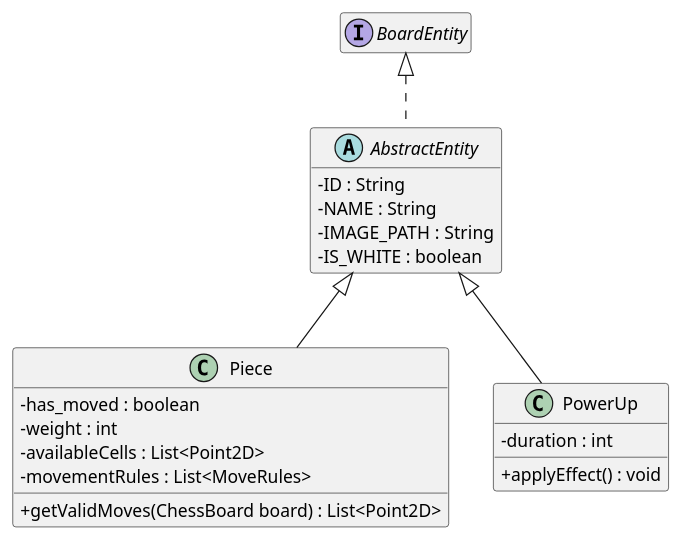
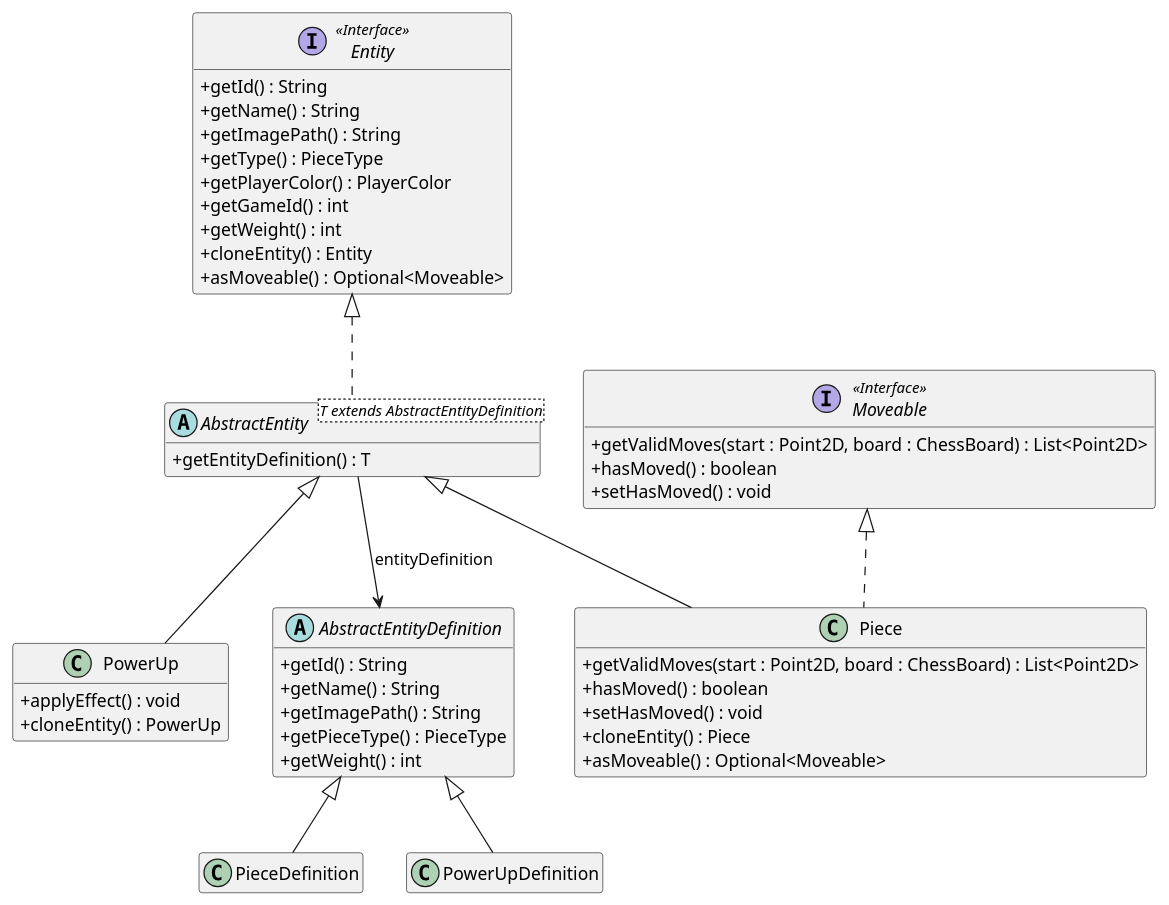
One commit to Turbo-Chess/Turbo-Chess changed the diagram in docs/Entity.puml. Above: the diagram before and after it, drawn with PlantUML. The commit also changed 3 other files, not shown here.

```diff
--- a/docs/Entity.puml
+++ b/docs/Entity.puml
@@ -1,36 +1,64 @@
-@startuml
+@startuml Entity
+
 skinparam classAttributeIconSize 0
 hide empty fields
 hide empty methods
 
-interface BoardEntity {
-
+interface Entity <<Interface>> {
+    +getId() : String
+    +getName() : String
+    +getImagePath() : String
+    +getType() : PieceType
+    +getPlayerColor() : PlayerColor
+    +getGameId() : int
+    +getWeight() : int
+    +cloneEntity() : Entity
+    +asMoveable() : Optional<Moveable>
 }
 
-abstract AbstractEntity {
-    - ID : String
-    - NAME : String
-    - IMAGE_PATH : String
-    - IS_WHITE : boolean
+interface Moveable <<Interface>> {
+    +getValidMoves(start : Point2D, board : ChessBoard) : List<Point2D>
+    +hasMoved() : boolean
+    +setHasMoved() : void
+}
+
+abstract class AbstractEntity<T extends AbstractEntityDefinition> {
+    +getEntityDefinition() : T
 }
 
 class Piece {
-    - has_moved : boolean
-    - weight : int
-    - availableCells : List<Point2D>
-    - movementRules : List<MoveRules>
-
-    + getValidMoves(ChessBoard board) : List<Point2D>
+    +getValidMoves(start : Point2D, board : ChessBoard) : List<Point2D>
+    +hasMoved() : boolean
+    +setHasMoved() : void
+    +cloneEntity() : Piece
+    +asMoveable() : Optional<Moveable>
 }
 
 class PowerUp {
-    - duration : int
-
-    + applyEffect() : void
+    +applyEffect() : void
+    +cloneEntity() : PowerUp
 }
 
-BoardEntity <|.. AbstractEntity
+abstract class AbstractEntityDefinition {
+    +getId() : String
+    +getName() : String
+    +getImagePath() : String
+    +getPieceType() : PieceType
+    +getWeight() : int
+}
+
+class PieceDefinition
+class PowerUpDefinition
+
+Entity <|.. AbstractEntity
 AbstractEntity <|-- Piece
 AbstractEntity <|-- PowerUp
 
+Moveable <|.. Piece
+
+AbstractEntityDefinition <|-- PieceDefinition
+AbstractEntityDefinition <|-- PowerUpDefinition
+
+AbstractEntity --> AbstractEntityDefinition : entityDefinition
+
 @enduml
```
